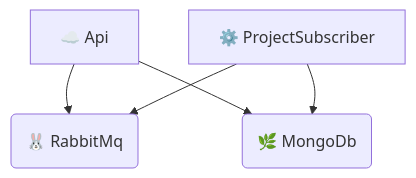
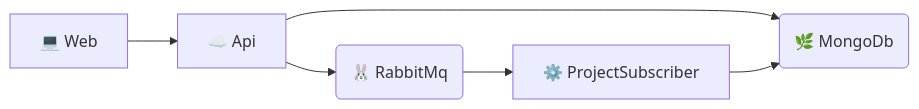
The diagram in readme.md (mdelvallemurcia/dotnet-microservice), drawn with Mermaid before and after one commit.

Commit message:
change diagram

````diff
--- a/readme.md
+++ b/readme.md
@@ -16,13 +16,14 @@
 ```mermaid
-flowchart TD
-    A[☁️ Api]
-    B(🐰 RabbitMq)
-    C(🌿 MongoDb)
-    D[⚙️ ProjectSubscriber]
+flowchart LR
+    WEB[💻 Web]
+    API[☁️ Api]
+    PROJECT_SUBSCRIBER[⚙️ ProjectSubscriber]
+    RABBIT(🐰 RabbitMq)
+    MONGO(🌿 MongoDb)
 
-    A --> B
-    A --> C
-    D --> B
-    D --> C    
-    
+    API --> RABBIT
+    API --> MONGO
+    RABBIT --> PROJECT_SUBSCRIBER
+    PROJECT_SUBSCRIBER --> MONGO
+    WEB --> API
 ```
````
